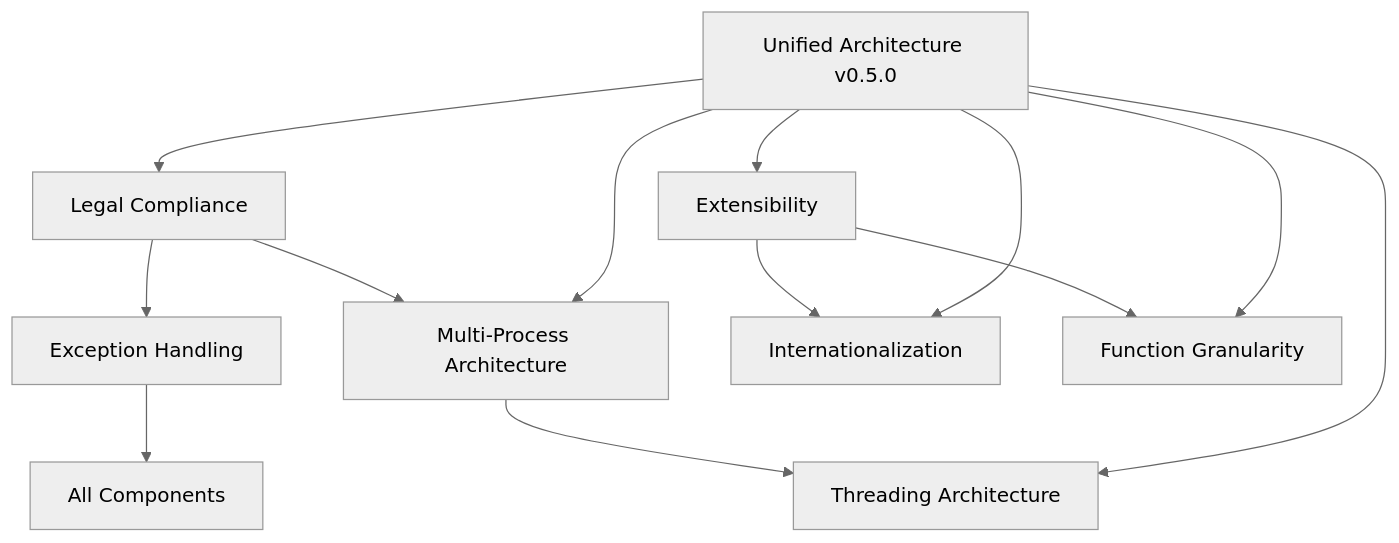
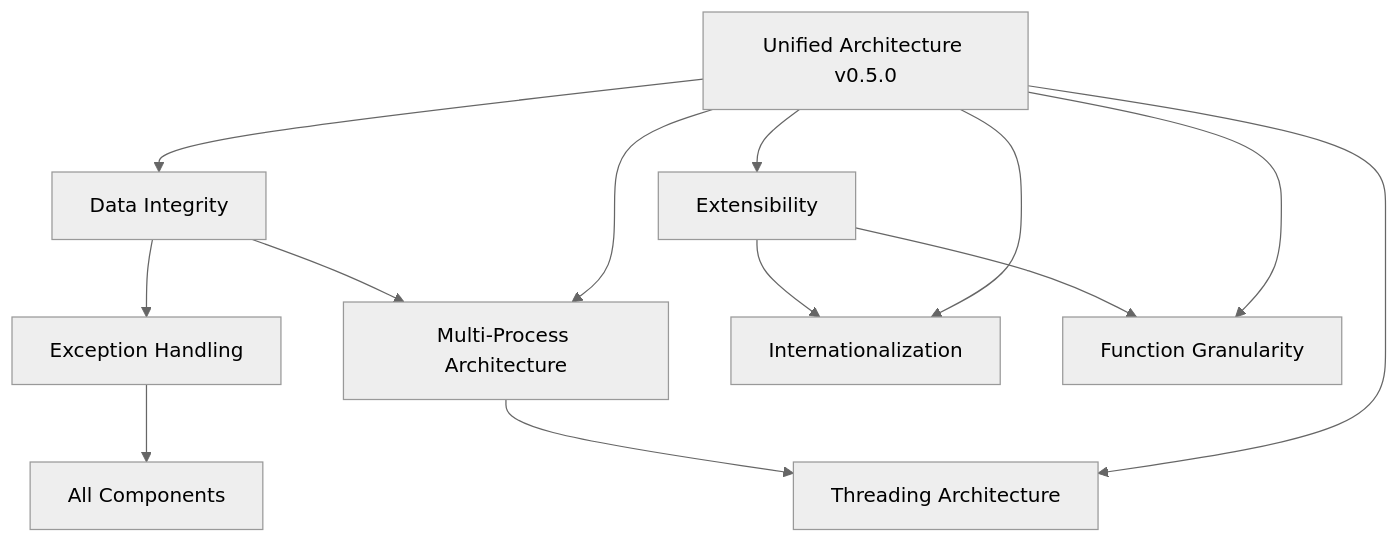
The diagram in docs/architecture-harmonization-plan.md (paulmooreparks/PosKernel), drawn with Mermaid (neutral theme) before and after one commit. The commit also changed other lines of this file and 11 other files, not shown here.

````diff
--- a/docs/architecture-harmonization-plan.md
+++ b/docs/architecture-harmonization-plan.md
@@ -22,16 +22,16 @@
 ```mermaid
 graph TD
-    A[Legal Compliance] --> B[Exception Handling]
+    A[Data Integrity] --> B[Exception Handling]
     A --> C[Multi-Process Architecture]
     D[Extensibility] --> E[Internationalization]
     D --> F[Function Granularity] 
     C --> G[Threading Architecture]
     B --> H[All Components]
     
     I[Unified Architecture v0.5.0] --> A
     I --> D
     I --> C
     I --> E
     I --> F
     I --> G
 ```
````
